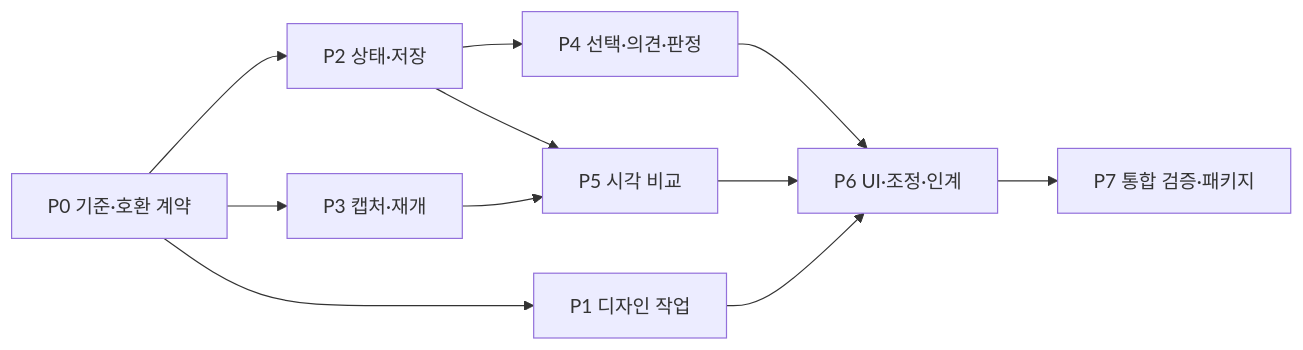
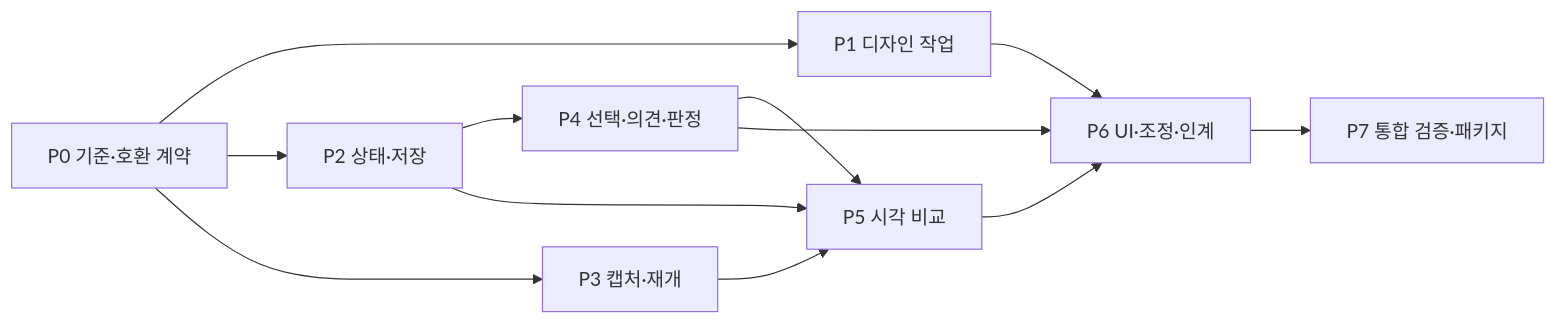
Before and after one commit to 99duuk/uib-a: the diagram in docs/evolution/PLAN.md, drawn with Mermaid. The commit also changed other lines of this file and 3 other files, not shown here.

````diff
--- a/docs/evolution/PLAN.md
+++ b/docs/evolution/PLAN.md
@@ -33,13 +33,14 @@
 ```mermaid
 flowchart LR
     P0[P0 기준·호환 계약] --> P1[P1 디자인 작업]
     P0 --> P2[P2 상태·저장]
     P0 --> P3[P3 캡처·재개]
     P2 --> P4[P4 선택·의견·판정]
     P2 --> P5[P5 시각 비교]
     P3 --> P5
+    P4 --> P5
     P4 --> P6[P6 UI·조정·인계]
     P5 --> P6
     P1 --> P6
     P6 --> P7[P7 통합 검증·패키지]
 ```
````
